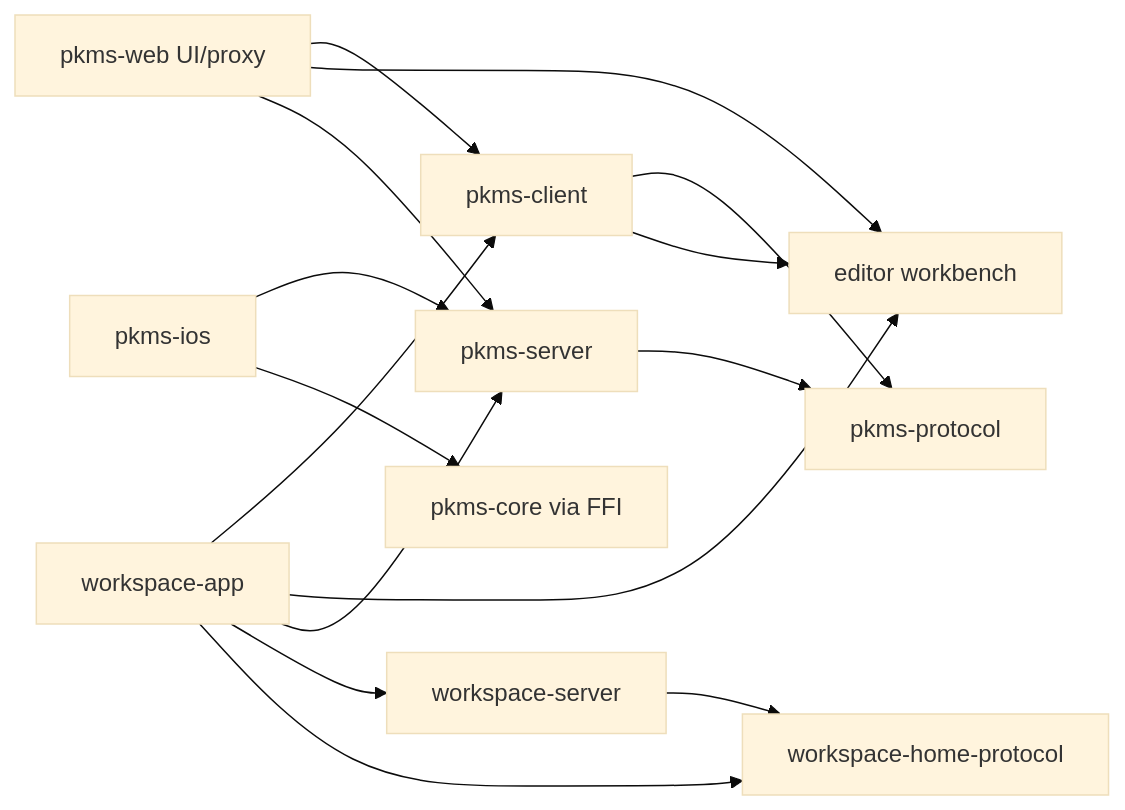
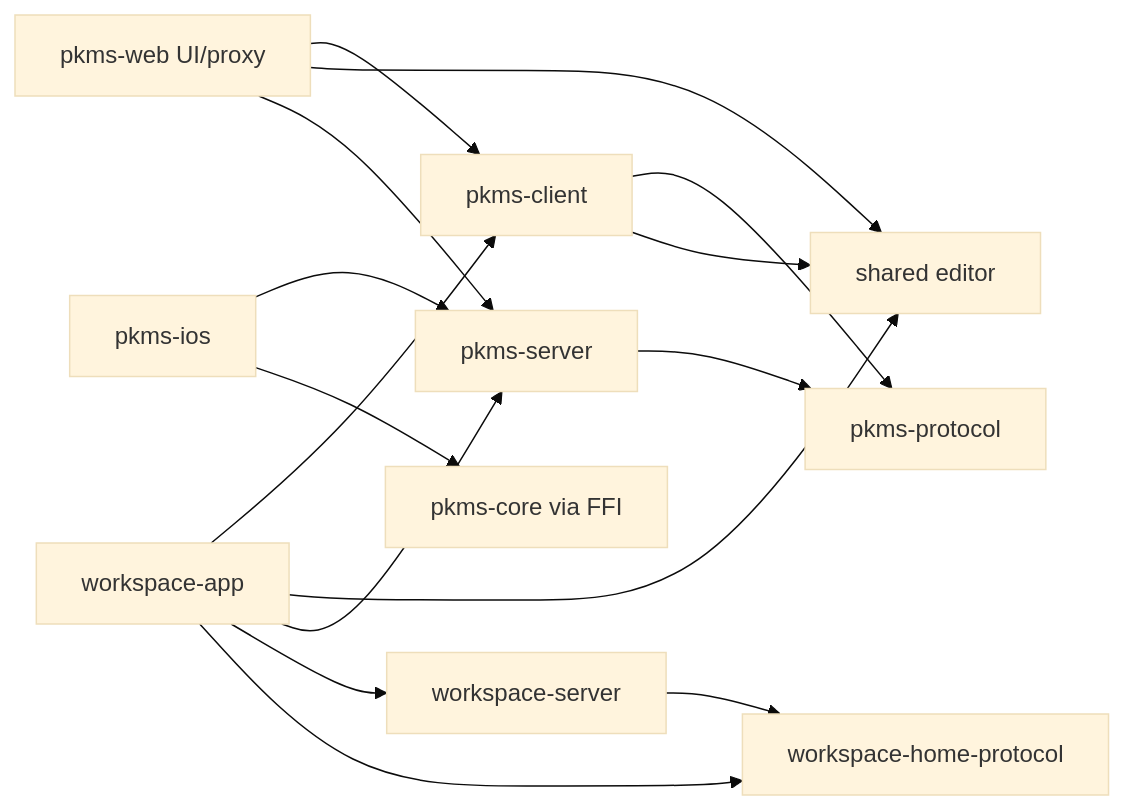
The diagram in docs/architecture/08-monorepo-module-boundaries.md (lkh0310kr/workspace), drawn with Mermaid (base theme) before and after one commit. The commit also changed other lines of this file and 1 other file, not shown here.

Commit message:
docs(editor): replace ambiguous workbench wording

````diff
--- a/docs/architecture/08-monorepo-module-boundaries.md
+++ b/docs/architecture/08-monorepo-module-boundaries.md
@@ -44,17 +44,17 @@
 ```mermaid
 flowchart LR
   WEB[pkms-web UI/proxy] --> CLIENT[pkms-client]
-  WEB --> EDITOR[editor workbench]
+  WEB --> EDITOR[shared editor]
   WEB --> PKMS[pkms-server]
   DESKTOP[workspace-app] --> CLIENT
   DESKTOP --> EDITOR
   DESKTOP --> PKMS
   IOS[pkms-ios] --> PKMS
   CLIENT --> PK[pkms-protocol]
   CLIENT --> EDITOR
   PKMS --> PK
   IOS --> CORE[pkms-core via FFI]
   DESKTOP --> HOME[workspace-server]
   DESKTOP --> HP[workspace-home-protocol]
   HOME --> HP
 ```
````
